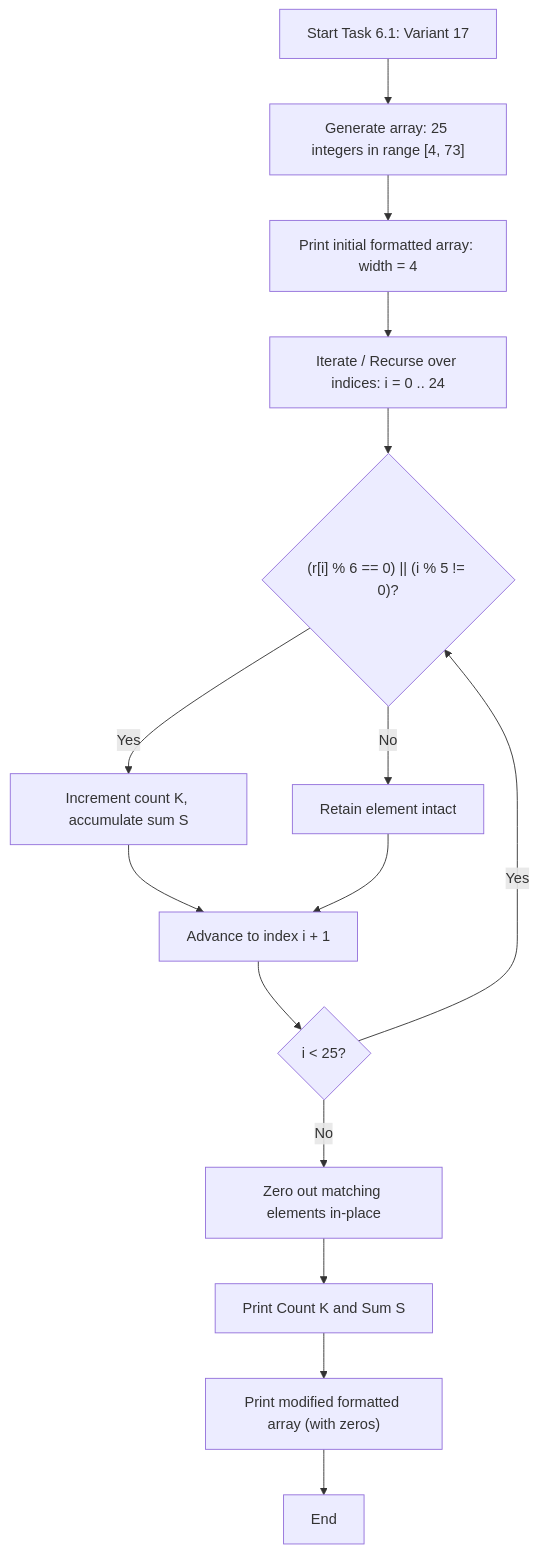
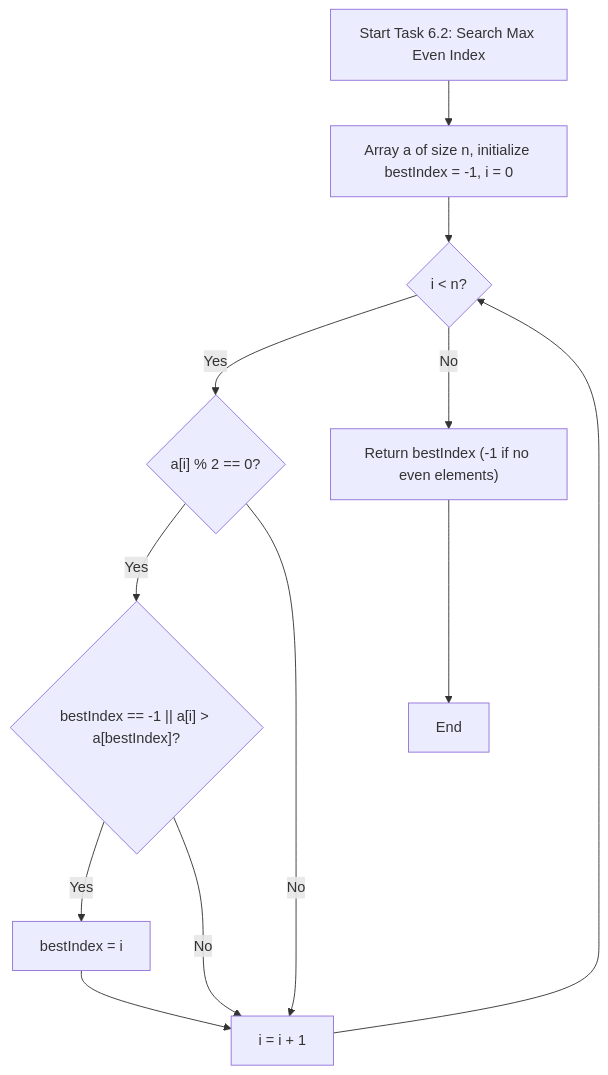
Before and after one commit to lviv-polytech/alg-cs-labs: the first of 3 diagrams in Lb6/README.md, drawn with Mermaid. The commit also changed other lines of this file and 4 other files, not shown here.

Commit message:
feat(lab-06): implement task 6.2 maximum even element search for variant 17

````diff
--- a/Lb6/README.md
+++ b/Lb6/README.md
@@ -38,17 +46,14 @@
 ```mermaid
 flowchart TD
-    Start["Start Task 6.1: Variant 17"] --> Gen["Generate array: 25 integers in range [4, 73]"]
-    Gen --> PrintInit["Print initial formatted array: width = 4"]
-    PrintInit --> ProcessLoop["Iterate / Recurse over indices: i = 0 .. 24"]
-    ProcessLoop --> CheckMatch{"(r[i] % 6 == 0) || (i % 5 != 0)?"}
-    CheckMatch -- "Yes" --> Accumulate["Increment count K, accumulate sum S"]
-    CheckMatch -- "No" --> Pass["Retain element intact"]
-    Accumulate --> Next["Advance to index i + 1"]
-    Pass --> Next
-    Next --> More{"i < 25?"}
-    More -- "Yes" --> CheckMatch
-    More -- "No" --> ZeroStep["Zero out matching elements in-place"]
-    ZeroStep --> PrintResults["Print Count K and Sum S"]
-    PrintResults --> PrintFinal["Print modified formatted array (with zeros)"]
-    PrintFinal --> Finish["End"]
+    Start["Start Task 6.2: Search Max Even Index"] --> Input["Array a of size n, initialize bestIndex = -1, i = 0"]
+    Input --> CheckEnd{"i < n?"}
+    CheckEnd -- "Yes" --> CheckEven{"a[i] % 2 == 0?"}
+    CheckEven -- "Yes" --> Compare{"bestIndex == -1 || a[i] > a[bestIndex]?"}
+    Compare -- "Yes" --> UpdateBest["bestIndex = i"]
+    Compare -- "No" --> NextStep["i = i + 1"]
+    CheckEven -- "No" --> NextStep
+    UpdateBest --> NextStep
+    NextStep --> CheckEnd
+    CheckEnd -- "No" --> Result["Return bestIndex (-1 if no even elements)"]
+    Result --> Finish["End"]
 ```
````
